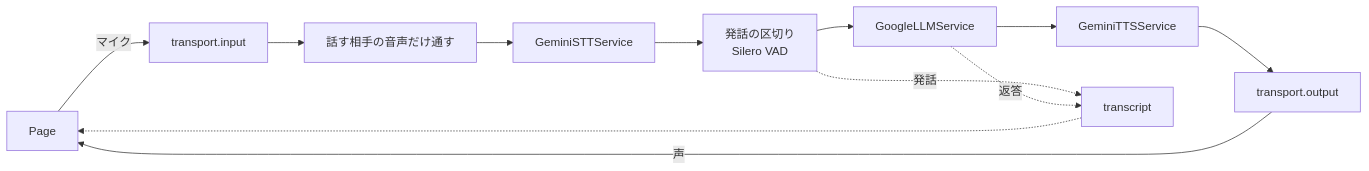
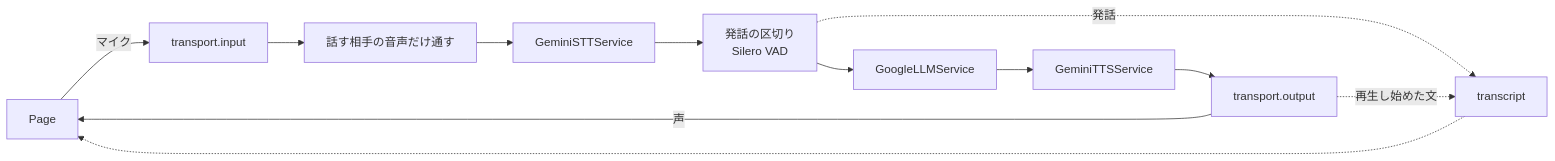
Before and after one commit to nttcom/moq-wasm: the diagram in examples/python/moq-ai-voice-agent/README.md, drawn with Mermaid. The commit also changed other lines of this file and 9 other files, not shown here.

````diff
--- a/examples/python/moq-ai-voice-agent/README.md
+++ b/examples/python/moq-ai-voice-agent/README.md
@@ -6,14 +6,14 @@
 ```mermaid
 flowchart LR
     P[Page] -->|マイク| I[transport.input]
     I --> F[話す相手の音声だけ通す]
     F --> S[GeminiSTTService]
     S --> U[発話の区切り<br>Silero VAD]
     U --> L[GoogleLLMService]
     L --> T[GeminiTTSService]
     T --> O[transport.output]
     O -->|声| P
     U -.->|発話| X[transcript]
-    L -.->|返答| X
+    O -.->|再生し始めた文| X
     X -.-> P
 ```
````
